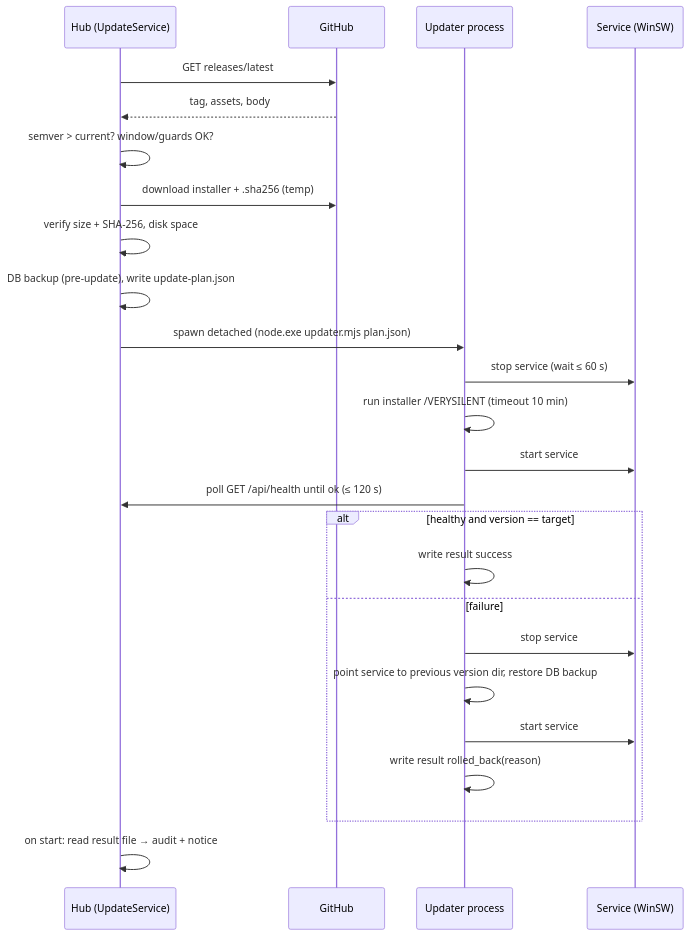
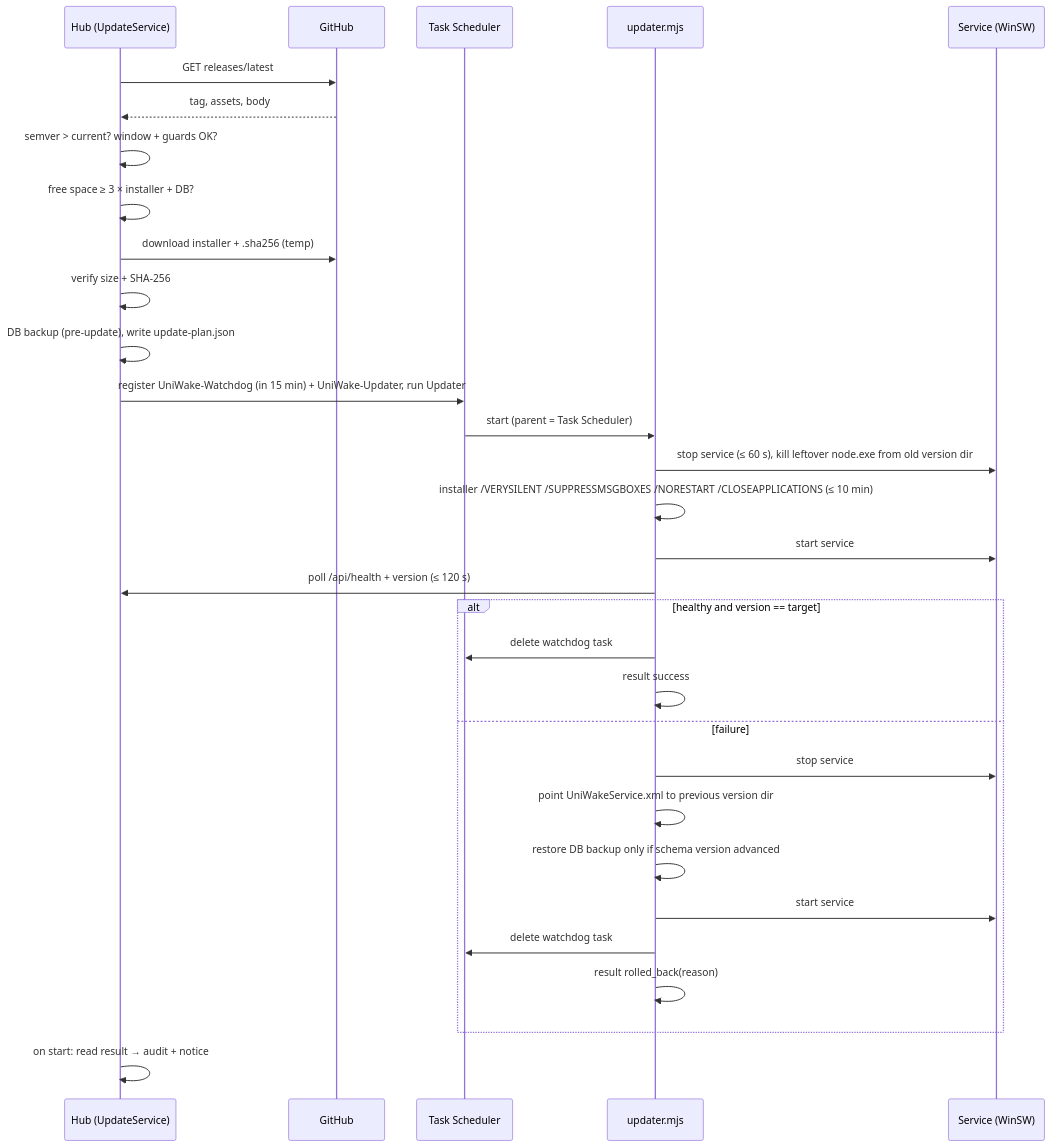
One commit to BryanWalace/UniWake changed the third of 3 diagrams in specs/plan.md. Above: the diagram before and after it, drawn with Mermaid. The commit also changed other lines of this file and 9 other files, not shown here.

````diff
--- a/specs/plan.md
+++ b/specs/plan.md
@@ -256,27 +315,33 @@
 ```mermaid
 sequenceDiagram
   participant H as Hub (UpdateService)
   participant G as GitHub
-  participant U as Updater process
+  participant T as Task Scheduler
+  participant U as updater.mjs
   participant SCM as Service (WinSW)
   H->>G: GET releases/latest
   G-->>H: tag, assets, body
-  H->>H: semver > current? window/guards OK?
+  H->>H: semver > current? window + guards OK?
+  H->>H: free space ≥ 3 × installer + DB?
   H->>G: download installer + .sha256 (temp)
-  H->>H: verify size + SHA-256, disk space
+  H->>H: verify size + SHA-256
   H->>H: DB backup (pre-update), write update-plan.json
-  H->>U: spawn detached (node.exe updater.mjs plan.json)
-  U->>SCM: stop service (wait ≤ 60 s)
-  U->>U: run installer /VERYSILENT (timeout 10 min)
+  H->>T: register UniWake-Watchdog (in 15 min) + UniWake-Updater, run Updater
+  T->>U: start (parent = Task Scheduler)
+  U->>SCM: stop service (≤ 60 s), kill leftover node.exe from old version dir
+  U->>U: installer /VERYSILENT /SUPPRESSMSGBOXES /NORESTART /CLOSEAPPLICATIONS (≤ 10 min)
   U->>SCM: start service
-  U->>H: poll GET /api/health until ok (≤ 120 s)
+  U->>H: poll /api/health + version (≤ 120 s)
   alt healthy and version == target
-    U->>U: write result success
+    U->>T: delete watchdog task
+    U->>U: result success
   else failure
     U->>SCM: stop service
-    U->>U: point service to previous version dir, restore DB backup
+    U->>U: point UniWakeService.xml to previous version dir
+    U->>U: restore DB backup only if schema version advanced
     U->>SCM: start service
-    U->>U: write result rolled_back(reason)
+    U->>T: delete watchdog task
+    U->>U: result rolled_back(reason)
   end
-  H->>H: on start: read result file → audit + notice
+  H->>H: on start: read result → audit + notice
 ```
````
